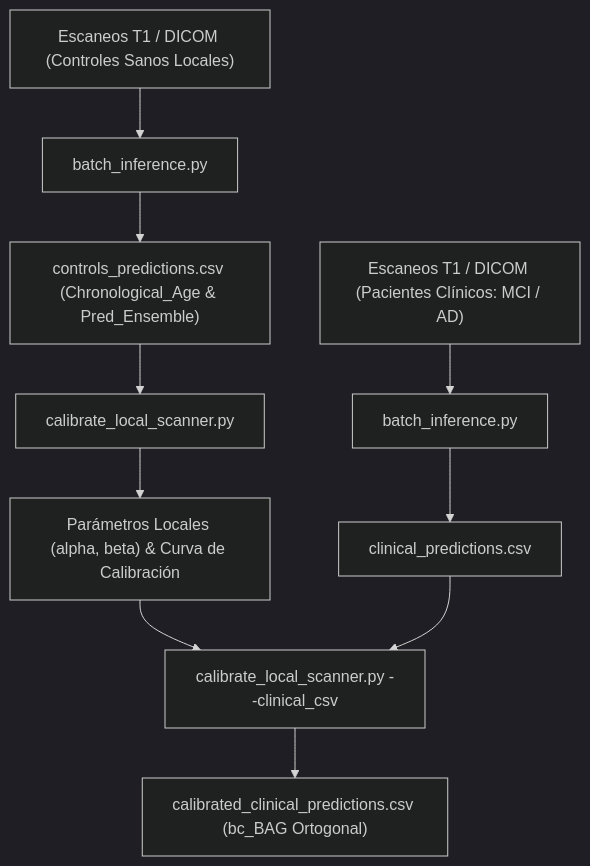
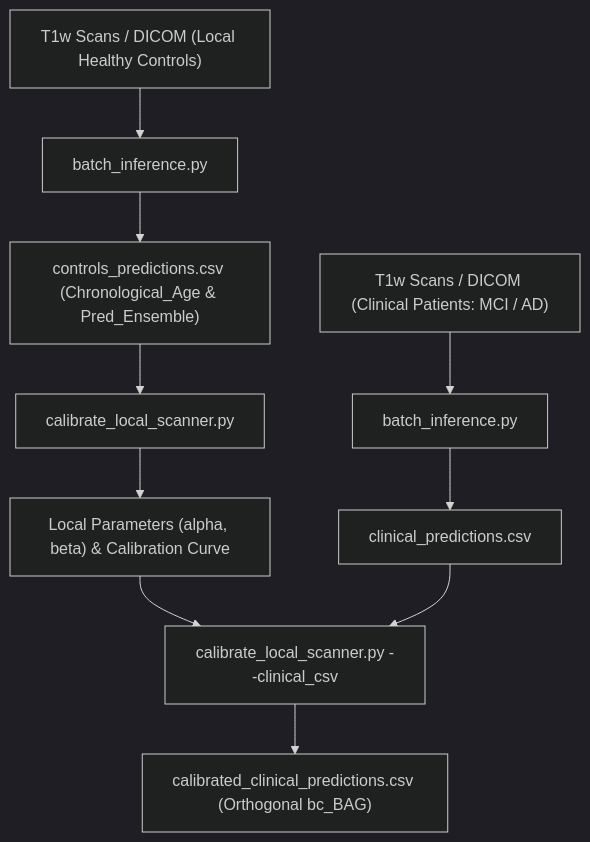
Before and after one commit to nicolasfuents/brain-age-pred-InHouse-model: the diagram in HOWTO_CALIBRATION.md, drawn with Mermaid (dark theme). The commit also changed other lines of this file and 1 other file, not shown here.

Commit message:
docs: translate README and calibration guide to English and fix LaTeX math syntax

````diff
--- a/HOWTO_CALIBRATION.md
+++ b/HOWTO_CALIBRATION.md
@@ -11,12 +11,12 @@
 ```mermaid
 graph TD
-    A["Escaneos T1 / DICOM (Controles Sanos Locales)"] --> B["batch_inference.py"]
+    A["T1w Scans / DICOM (Local Healthy Controls)"] --> B["batch_inference.py"]
     B --> C["controls_predictions.csv (Chronological_Age & Pred_Ensemble)"]
     C --> D["calibrate_local_scanner.py"]
-    D --> E["Parámetros Locales (alpha, beta) & Curva de Calibración"]
-    F["Escaneos T1 / DICOM (Pacientes Clínicos: MCI / AD)"] --> G["batch_inference.py"]
+    D --> E["Local Parameters (alpha, beta) & Calibration Curve"]
+    F["T1w Scans / DICOM (Clinical Patients: MCI / AD)"] --> G["batch_inference.py"]
     G --> H["clinical_predictions.csv"]
     E --> I["calibrate_local_scanner.py --clinical_csv"]
     H --> I
-    I --> J["calibrated_clinical_predictions.csv (bc_BAG Ortogonal)"]
+    I --> J["calibrated_clinical_predictions.csv (Orthogonal bc_BAG)"]
 ```
````
